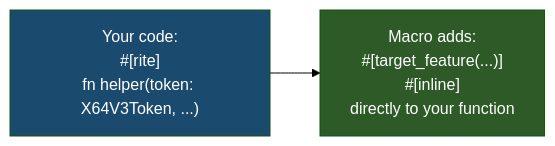
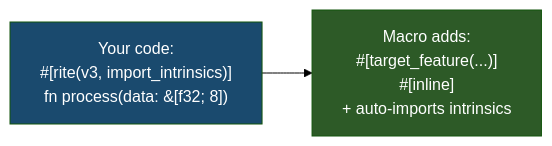
One commit to imazen/archmage changed the first of 2 diagrams in docs/book/src/concepts/rite.md. Above: the diagram before and after it, drawn with Mermaid (forest theme). The commit also changed other lines of this file and 28 other files, not shown here.

````diff
--- a/docs/book/src/concepts/rite.md
+++ b/docs/book/src/concepts/rite.md
@@ -9,7 +36,7 @@
 ```mermaid
 flowchart LR
-    A["Your code:<br/>#[rite]<br/>fn helper(token: X64V3Token, ...)"] --> B["Macro adds:<br/>#[target_feature(...)]<br/>#[inline]<br/>directly to your function"]
+    A["Your code:<br/>#[rite(v3, import_intrinsics)]<br/>fn process(data: &[f32; 8])"] --> B["Macro adds:<br/>#[target_feature(...)]<br/>#[inline]<br/>+ auto-imports intrinsics"]
 
     style A fill:#1a4a6e,color:#fff
     style B fill:#2d5a27,color:#fff
 ```
````
